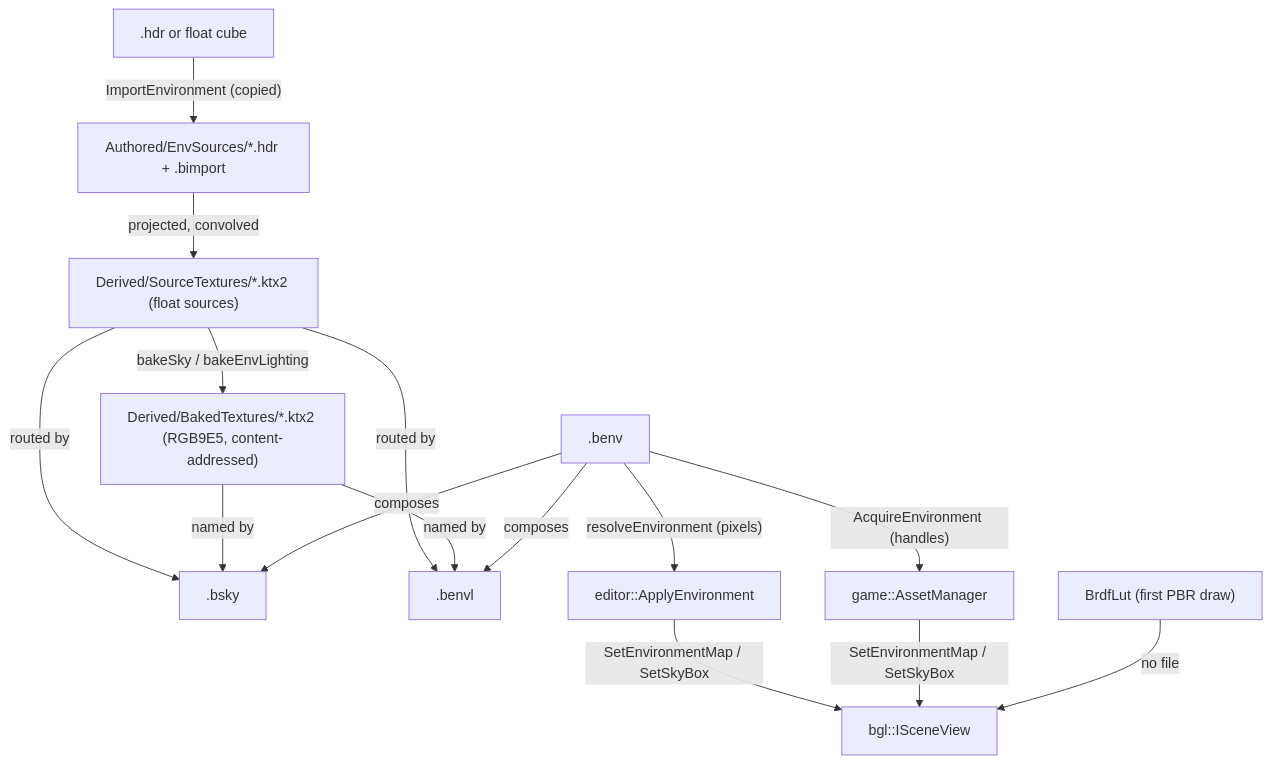
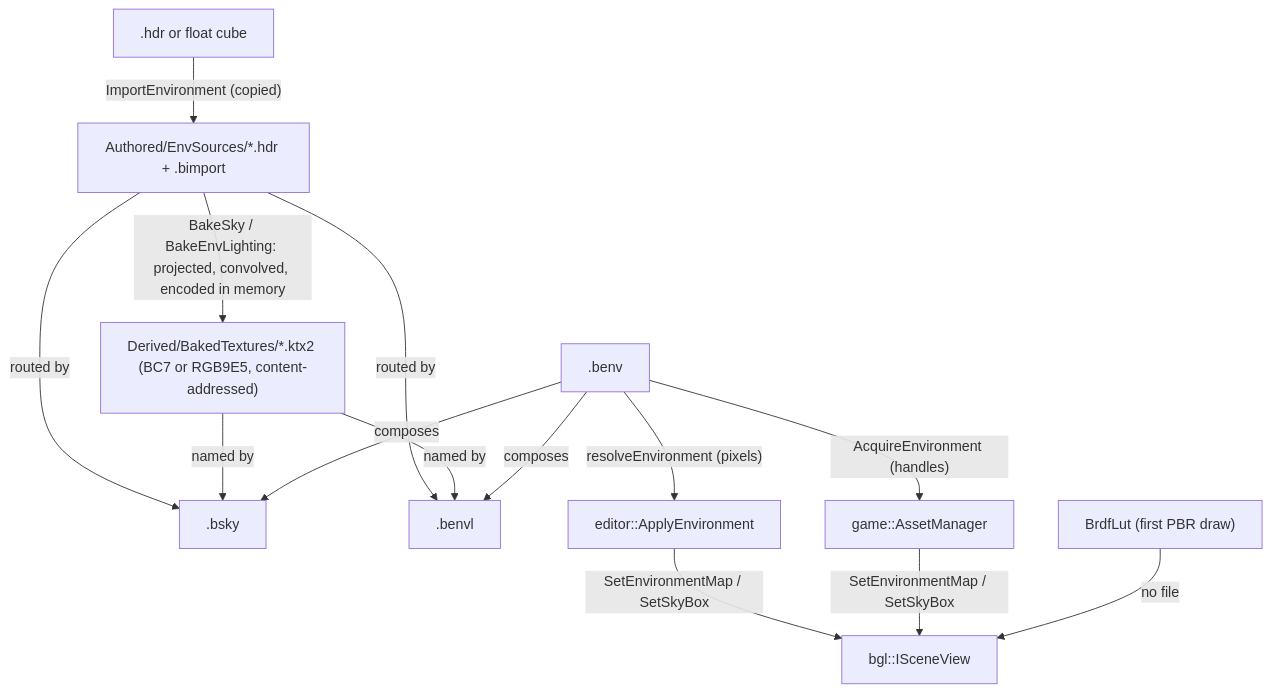
The diagram in docs/envmaps.md (alexjiang200407/bernini), drawn with Mermaid before and after one commit. The commit also changed other lines of this file and 43 other files, not shown here.

````diff
--- a/docs/envmaps.md
+++ b/docs/envmaps.md
@@ -106,21 +139,20 @@
 ```mermaid
 flowchart TD
     HDR[".hdr or float cube"] -- "ImportEnvironment (copied)" --> COPY["Authored/EnvSources/*.hdr + .bimport"]
-    COPY -- "projected, convolved" --> SRC["Derived/SourceTextures/*.ktx2 (float sources)"]
-    SRC -- "bakeSky / bakeEnvLighting" --> BAKED["Derived/BakedTextures/*.ktx2 (RGB9E5, content-addressed)"]
+    COPY -- "BakeSky / BakeEnvLighting: projected, convolved, encoded in memory" --> BAKED["Derived/BakedTextures/*.ktx2 (BC7 or RGB9E5, content-addressed)"]
 
-    SRC -- "routed by" --> BSKY[".bsky"]
-    SRC -- "routed by" --> BENVL[".benvl"]
+    COPY -- "routed by" --> BSKY[".bsky"]
+    COPY -- "routed by" --> BENVL[".benvl"]
     BAKED -- "named by" --> BSKY
     BAKED -- "named by" --> BENVL
 
     BENV[".benv"] -- "composes" --> BSKY
     BENV -- "composes" --> BENVL
 
     BENV -- "resolveEnvironment (pixels)" --> EDITOR["editor::ApplyEnvironment"]
     BENV -- "AcquireEnvironment (handles)" --> GAME["game::AssetManager"]
 
     EDITOR -- "SetEnvironmentMap / SetSkyBox" --> VIEW["bgl::ISceneView"]
     GAME -- "SetEnvironmentMap / SetSkyBox" --> VIEW
     LUT["BrdfLut (first PBR draw)"] -- "no file" --> VIEW
 ```
````
